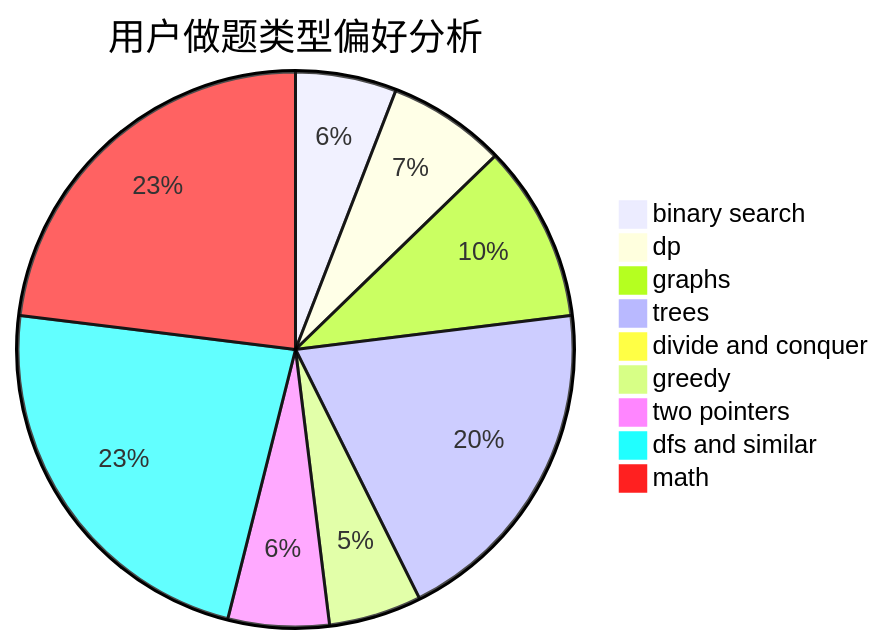
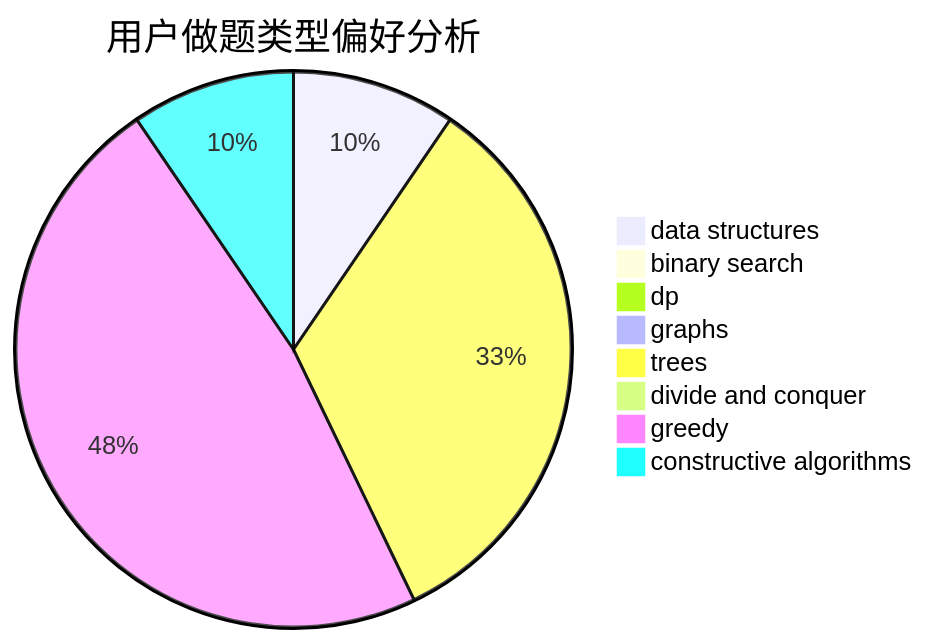
The second of 3 diagrams in docs/user/u2559.md (sherpahu/cfrs.github.io), drawn with Mermaid before and after one commit. The commit also changed other lines of this file and 2775 other files, not shown here.

````diff
--- a/docs/user/u2559.md
+++ b/docs/user/u2559.md
@@ -23,12 +23,11 @@
 ```mermaid
 pie title 用户做题类型偏好分析
-    "binary search" :  12
-    "dp" :  14
-    "graphs" :  21
-    "trees" :  40
+    "data structures" :  2
+    "binary search" :  0
+    "dp" :  0
+    "graphs" :  0
+    "trees" :  7
     "divide and conquer" :  0
-    "greedy" :  11
-    "two pointers" :  12
-    "dfs and similar" :  47
-    "math" :  47
+    "greedy" :  10
+    "constructive algorithms" :  2
 ```
````
